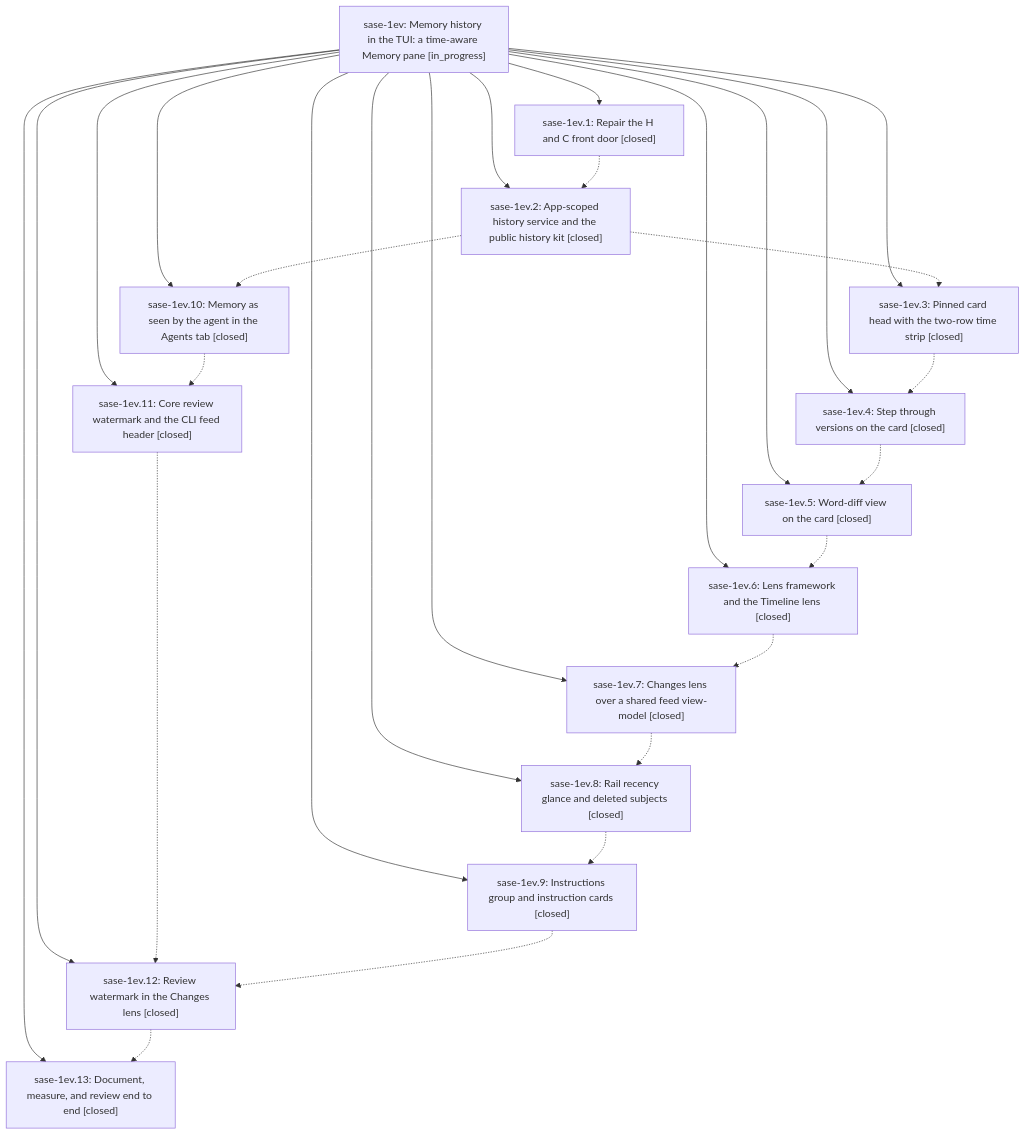
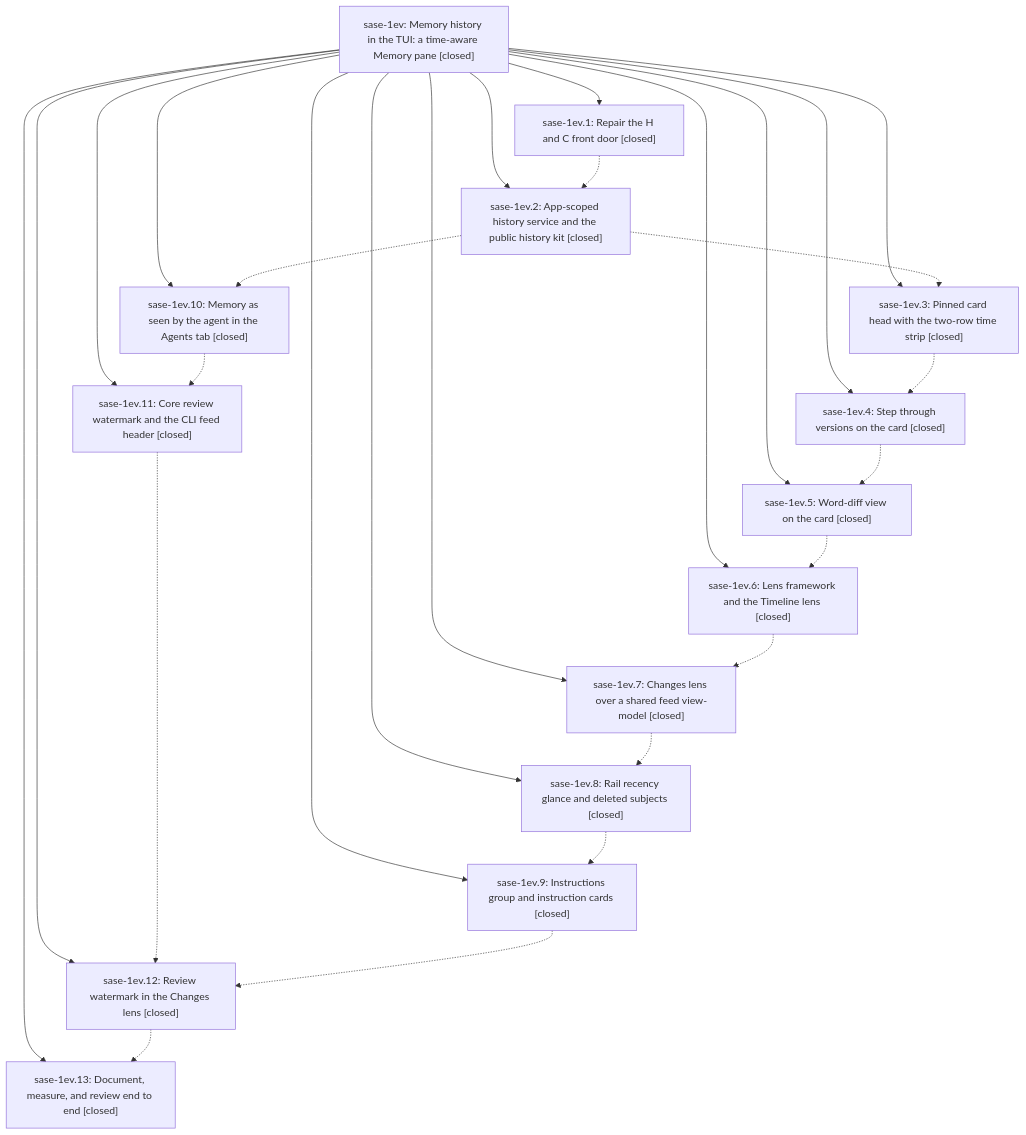
One commit to sase-org/sase--beads changed the diagram in pages/sase-1ev/README.md. Above: the diagram before and after it, drawn with Mermaid. The commit also changed other lines of this file and 2 other files, not shown here.

First line of the commit message:
chore(beads): sync bead state and pages for sase-1ev

````diff
--- a/pages/sase-1ev/README.md
+++ b/pages/sase-1ev/README.md
@@ -34,43 +72,43 @@
 ```mermaid
 flowchart TD
-    n0["sase-1ev: Memory history in the TUI: a time-aware Memory pane [in_progress]"]
+    n0["sase-1ev: Memory history in the TUI: a time-aware Memory pane [closed]"]
     n1["sase-1ev.1: Repair the H and C front door [closed]"]
     n2["sase-1ev.10: Memory as seen by the agent in the Agents tab [closed]"]
     n3["sase-1ev.11: Core review watermark and the CLI feed header [closed]"]
     n4["sase-1ev.12: Review watermark in the Changes lens [closed]"]
     n5["sase-1ev.13: Document, measure, and review end to end [closed]"]
     n6["sase-1ev.2: App-scoped history service and the public history kit [closed]"]
     n7["sase-1ev.3: Pinned card head with the two-row time strip [closed]"]
     n8["sase-1ev.4: Step through versions on the card [closed]"]
     n9["sase-1ev.5: Word-diff view on the card [closed]"]
     n10["sase-1ev.6: Lens framework and the Timeline lens [closed]"]
     n11["sase-1ev.7: Changes lens over a shared feed view-model [closed]"]
     n12["sase-1ev.8: Rail recency glance and deleted subjects [closed]"]
     n13["sase-1ev.9: Instructions group and instruction cards [closed]"]
     n0 --> n1
     n0 --> n2
     n0 --> n3
     n0 --> n4
     n0 --> n5
     n0 --> n6
     n0 --> n7
     n0 --> n8
     n0 --> n9
     n0 --> n10
     n0 --> n11
     n0 --> n12
     n0 --> n13
     n1 -.-> n6
     n2 -.-> n3
     n3 -.-> n4
     n4 -.-> n5
     n6 -.-> n2
     n6 -.-> n7
     n7 -.-> n8
     n8 -.-> n9
     n9 -.-> n10
     n10 -.-> n11
     n11 -.-> n12
     n12 -.-> n13
     n13 -.-> n4
 ```
````
